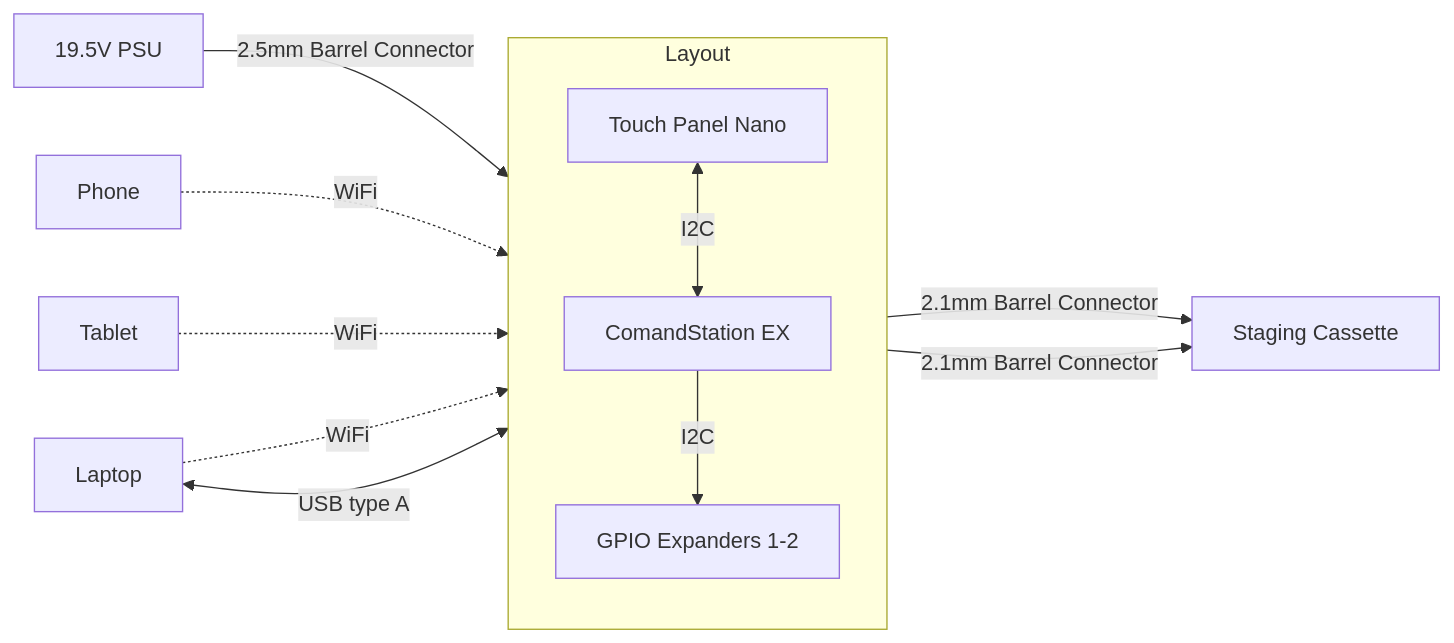
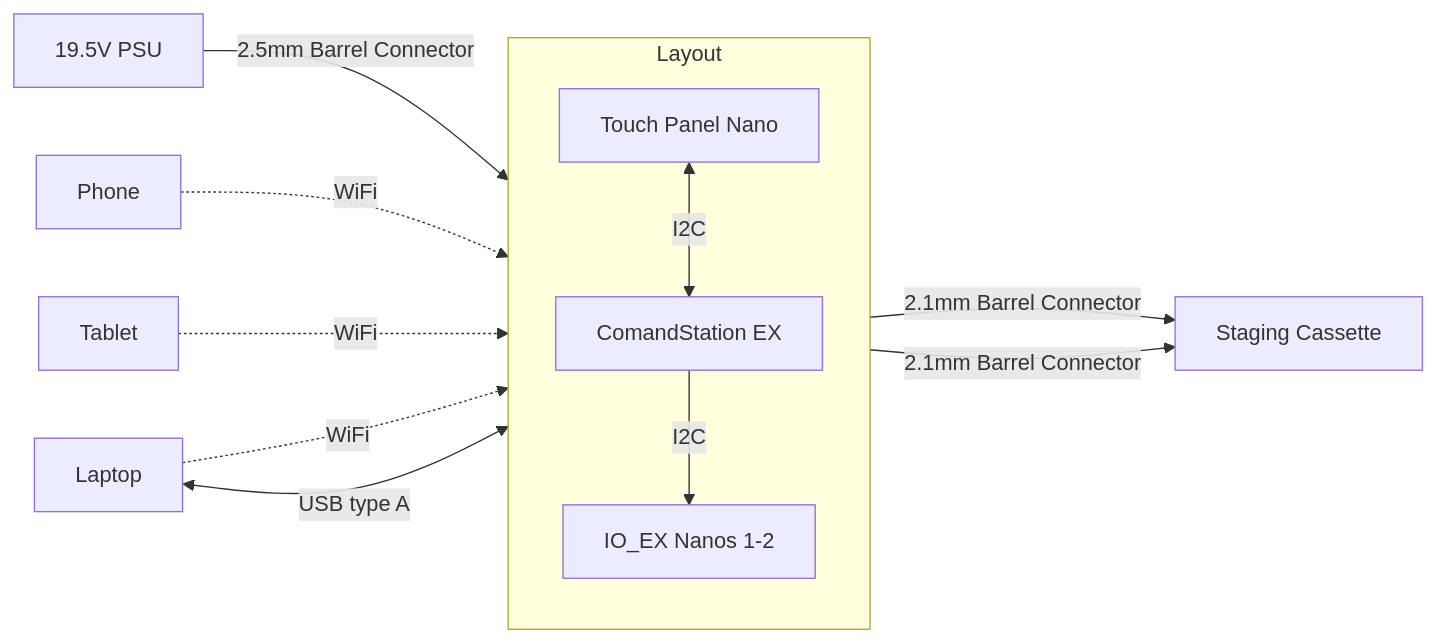
Before and after one commit to kmltechio/lumber_district: the second of 4 diagrams in diagrams.md, drawn with Mermaid. The commit also changed other lines of this file, not shown here.

````diff
--- a/diagrams.md
+++ b/diagrams.md
@@ -33,16 +33,16 @@
 ```mermaid
 flowchart LR
   subgraph Layout
     CmdStn[ComandStation EX]
     Touch[Touch Panel Nano]
-    Gpio["GPIO Expanders 1-2"]
+    Gpio["IO_EX Nanos 1-2"]
     Touch <-->|I2C| CmdStn
     CmdStn -->|I2C| Gpio
     end
   PSU[19.5V PSU]
   PSU -->|"2.5mm Barrel Connector"| Layout
   Phone & Tablet & Laptop -.->|WiFi| Layout
   Laptop <-->|USB type A| Layout
   Layout -->|2.1mm Barrel Connector| Cassette[Staging Cassette]
   Layout -->|2.1mm Barrel Connector| Cassette[Staging Cassette]
 ```
````
